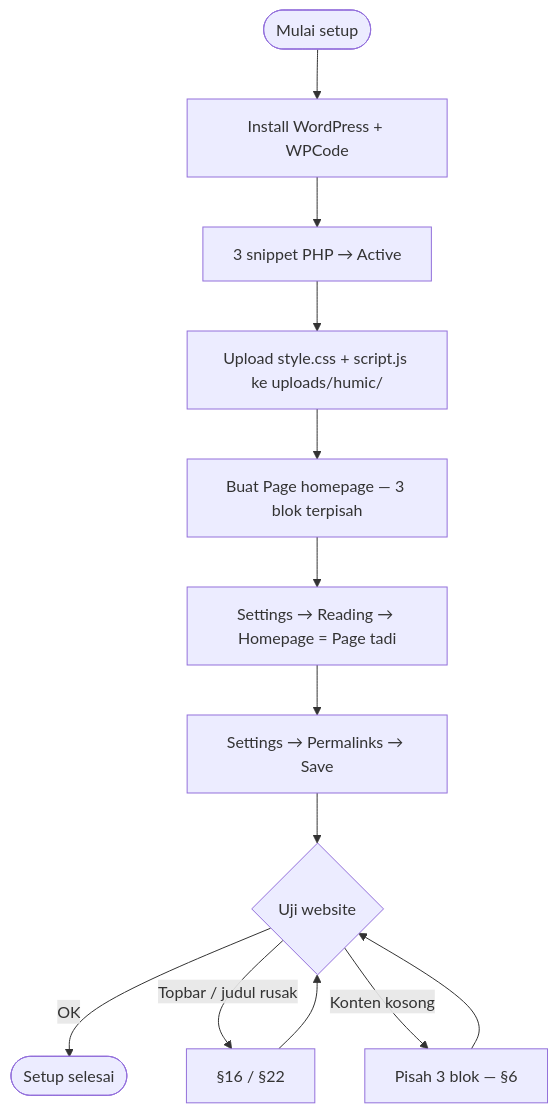
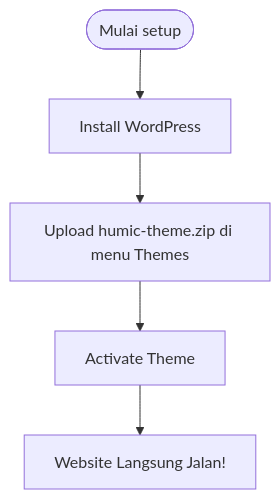
One commit to Dhimmas/humicengineeringlandingpagewordpress changed the fourth of 4 diagrams in README.md. Above: the diagram before and after it, drawn with Mermaid. The commit also changed other lines of this file and 1 other file, not shown here.

Commit message:
add humic theme & update readme

````diff
--- a/README.md
+++ b/README.md
@@ -195,15 +181,7 @@
 ```mermaid
 flowchart TD
-    A([Mulai setup]) --> B[Install WordPress + WPCode]
-    B --> C["3 snippet PHP → Active"]
-    C --> D["Upload style.css + script.js ke uploads/humic/"]
-    D --> E["Buat Page homepage — 3 blok terpisah"]
-    E --> F["Settings → Reading → Homepage = Page tadi"]
-    F --> G["Settings → Permalinks → Save"]
-    G --> H{Uji website}
-    H -->|OK| I([Setup selesai])
-    H -->|Topbar / judul rusak| J["§16 / §22"]
-    H -->|Konten kosong| K["Pisah 3 blok — §6"]
-    J --> H
-    K --> H
+    A([Mulai setup]) --> B[Install WordPress]
+    B --> C["Upload humic-theme.zip di menu Themes"]
+    C --> D["Activate Theme"]
+    D --> E["Website Langsung Jalan!"]
 ```
````
